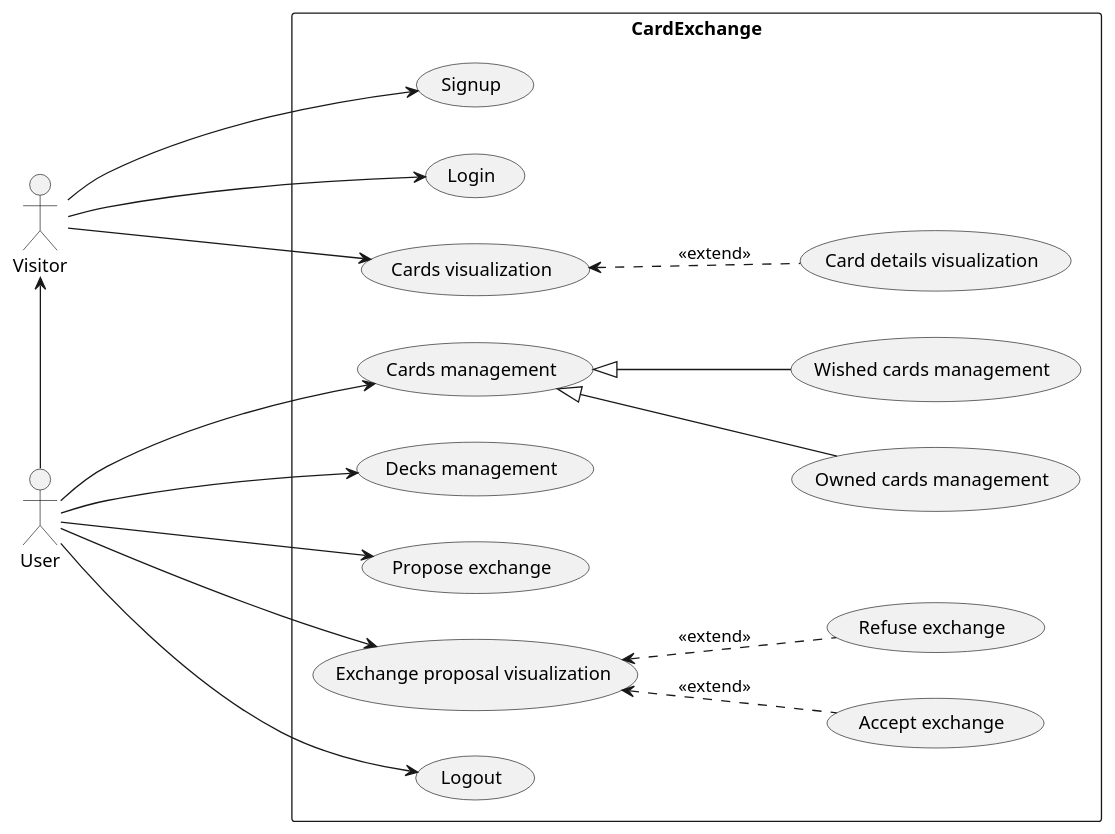
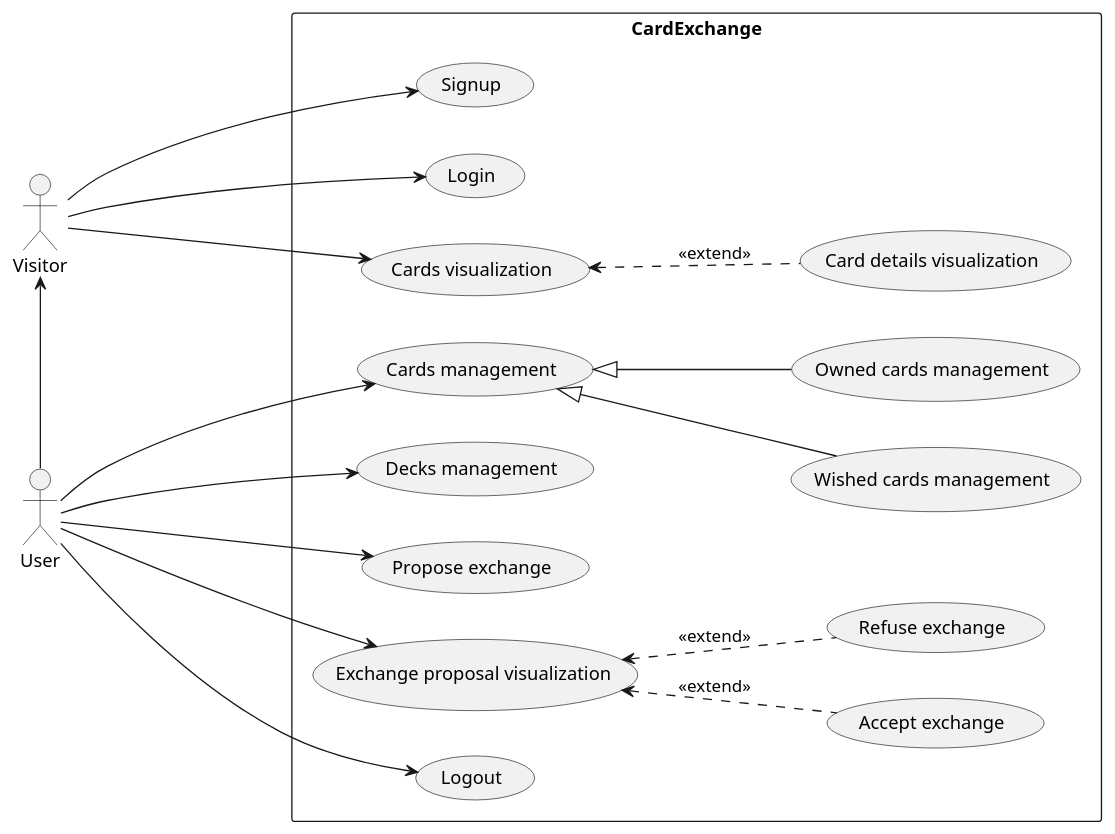
The diagram in DOC/Inception/Artifacts/UseCases/UseCases_version4.0.puml (alessioarcara/Card-Exchange), drawn with PlantUML before and after one commit. The commit also changed 3 other files, not shown here.

```diff
--- a/DOC/Inception/Artifacts/UseCases/UseCases_version4.0.puml
+++ b/DOC/Inception/Artifacts/UseCases/UseCases_version4.0.puml
@@ -1,49 +1,38 @@
-@startuml UseCase
+@startuml UseCases
 left to right direction
 
 actor Visitor as  V
 actor User as U
 
-
 rectangle CardExchange {
-  (Signup) as UC1
-  (Login) as UC2
-
-  (Cards visualization) as UC3
-  (Card details visualization) as UC4
-
-  (Cards management) as UC5
-  (Owned cards management) as UC6
-  (Wished cards management) as UC7
-  (Decks management) as UC8
-
-  (Propose exchange) as UC9
-  (Exchange proposal visualization) as UC10
-  (Accept exchange) as UC11
-  (Refuse exchange) as UC12
-
-  (Logout) as UC13
+    (Signup) as UC1
+    (Login) as UC2
+    (Cards visualization) as UC3
+    (Card details visualization) as UC4
+    (Cards management) as UC5
+    (Wished cards management) as UC6
+    (Owned cards management) as UC7
+    (Decks management) as UC8
+    (Propose exchange) as UC9
+    (Exchange proposal visualization) as UC10
+    (Accept exchange) as UC11
+    (Refuse exchange) as UC12
+    (Logout) as UC13
 }
 
-
 V <- U
-
 V ----> UC1
 V ----> UC2
-
 V ----> UC3
 UC3 <.. UC4 : <<extend>>
-
 U ----> UC5
 UC5 ^-- UC6
 UC5 ^-- UC7
 U ----> UC8
-
 U ----> UC9
 U ----> UC10
 UC10 <.. UC11 : <<extend>>
 UC10 <.. UC12 : <<extend>>
-
 U ----> UC13
 
 @enduml
```
